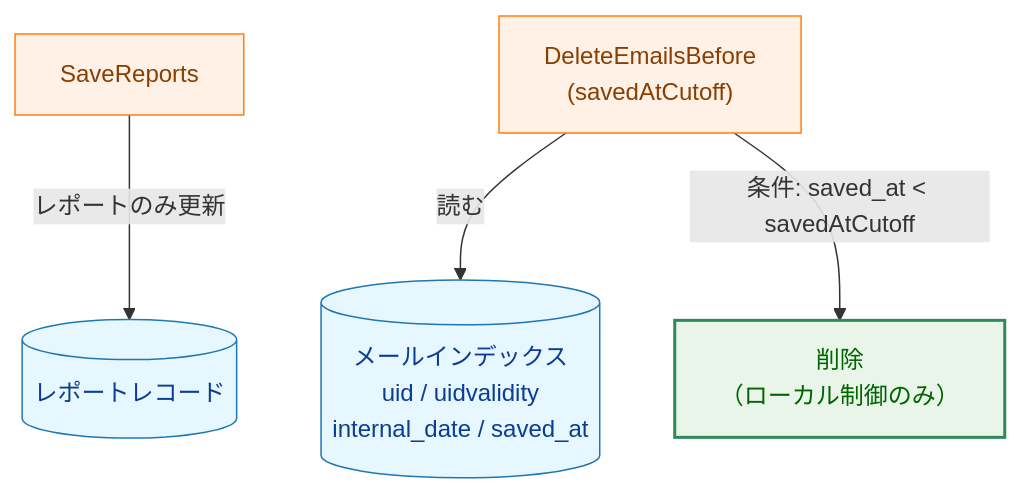
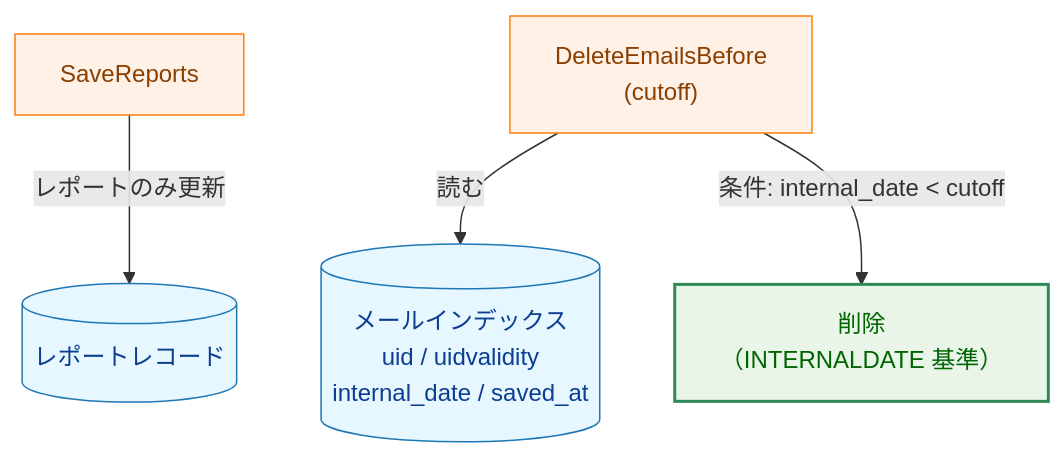
One commit to isseis/tlsrpt-digest changed the third of 9 diagrams in docs/tasks/0041_store_gc_simplify/02_architecture.md. Above: the diagram before and after it, drawn with Mermaid. The commit also changed other lines of this file and 2 other files, not shown here.

First line of the commit message:
docs(0041): change GC criterion from SavedAt to INTERNALDATE

````diff
--- a/docs/tasks/0041_store_gc_simplify/02_architecture.md
+++ b/docs/tasks/0041_store_gc_simplify/02_architecture.md
@@ -65,14 +65,14 @@
 ```mermaid
 flowchart TD
     classDef data fill:#e6f7ff,stroke:#1f77b4,stroke-width:1px,color:#0b3d91;
     classDef enhanced fill:#e8f5e8,stroke:#2e8b57,stroke-width:2px,color:#006400;
     classDef process fill:#fff1e6,stroke:#ff7f0e,stroke-width:1px,color:#8a3e00;
 
     SR["SaveReports"] -->|"レポートのみ更新"| RPT[("レポートレコード")]
-    DEB["DeleteEmailsBefore<br>(savedAtCutoff)"] -->|"読む"| IDX[("メールインデックス<br>uid / uidvalidity<br>internal_date / saved_at")]
-    DEB -->|"条件: saved_at < savedAtCutoff"| DEL["削除<br>（ローカル制御のみ）"]
+    DEB["DeleteEmailsBefore<br>(cutoff)"] -->|"読む"| IDX[("メールインデックス<br>uid / uidvalidity<br>internal_date / saved_at")]
+    DEB -->|"条件: internal_date < cutoff"| DEL["削除<br>（INTERNALDATE 基準）"]
 
     class RPT,IDX data
     class DEL enhanced
     class SR,DEB process
 ```
````
